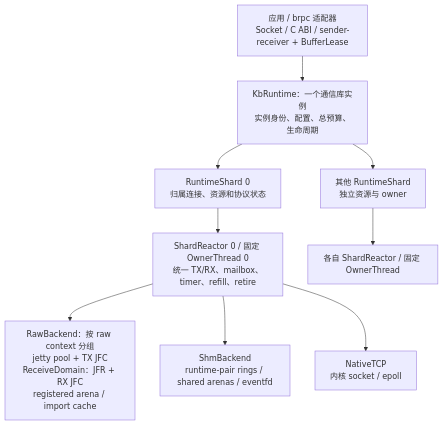
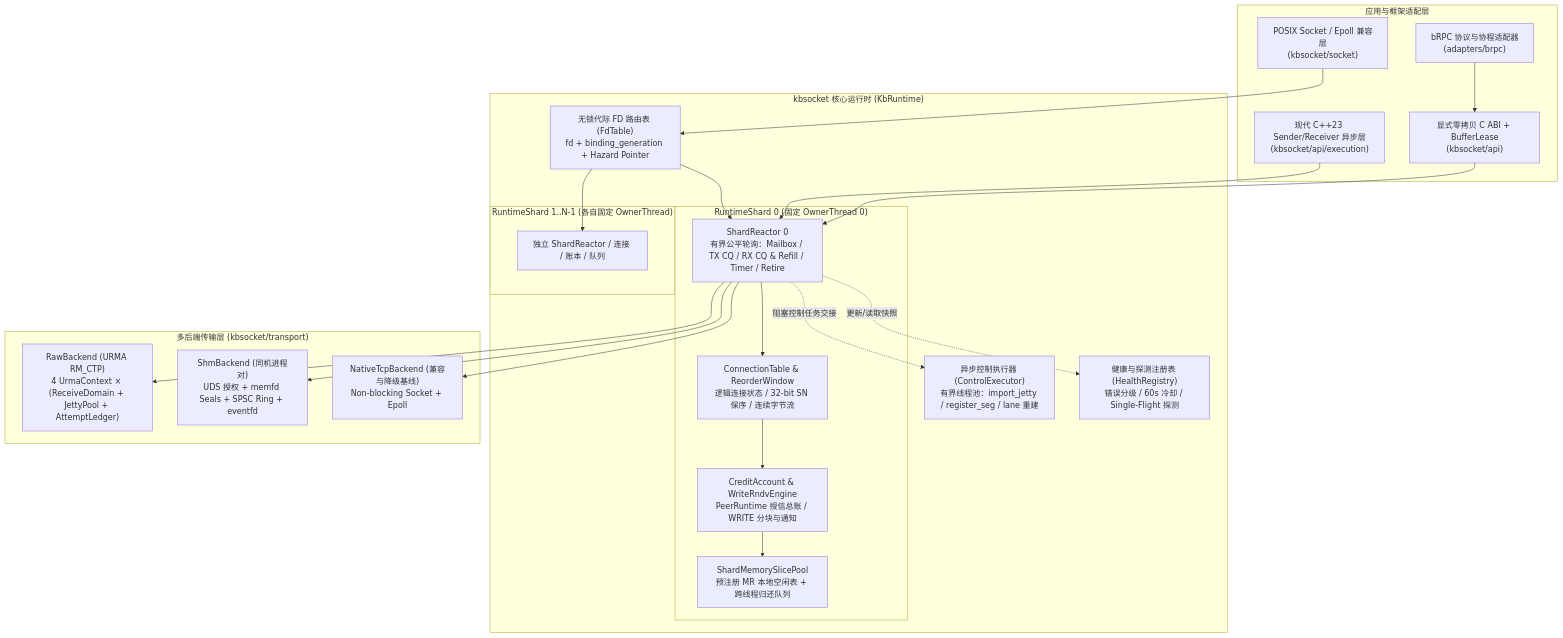
Before and after one commit to condy0919/kbsocket: the first of 11 diagrams in docs/design/kbsocket-design-v1.md, drawn with Mermaid. The commit also changed other lines of this file and 1 other file, not shown here.

Commit message:
docs(design): refine architecture and correct roadmap contracts

````diff
--- a/docs/design/kbsocket-design-v1.md
+++ b/docs/design/kbsocket-design-v1.md
@@ -149,13 +87,47 @@
 ```mermaid
 flowchart TB
-    A["应用 / brpc 适配器<br/>Socket / C ABI / sender-receiver + BufferLease"]
-    R["KbRuntime：一个通信库实例<br/>实例身份、配置、总预算、生命周期"]
-    A --> R
-    R --> S0["RuntimeShard 0<br/>归属连接、资源和协议状态"]
-    R --> SN["其他 RuntimeShard<br/>独立资源与 owner"]
-    S0 --> E0["ShardReactor 0 / 固定 OwnerThread 0<br/>统一 TX/RX、mailbox、timer、refill、retire"]
-    SN --> EN["各自 ShardReactor / 固定 OwnerThread"]
-    E0 --> UB["RawBackend：按 raw context 分组<br/>jetty pool + TX JFC<br/>ReceiveDomain：JFR + RX JFC<br/>registered arena / import cache"]
-    E0 --> SHM["ShmBackend<br/>runtime-pair rings / shared arenas / eventfd"]
-    E0 --> TCP["NativeTCP<br/>内核 socket / epoll"]
+    subgraph AppLayer["应用与框架适配层"]
+        POSIX["POSIX Socket / Epoll 兼容层<br/>(kbsocket/socket)"]
+        CABI["显式零拷贝 C ABI + BufferLease<br/>(kbsocket/api)"]
+        P2300["现代 C++23 Sender/Receiver 异步层<br/>(kbsocket/api/execution)"]
+        BRPC["bRPC 协议与协程适配器<br/>(adapters/brpc)"]
+    end
+
+    subgraph CoreRuntime["kbsocket 核心运行时 (KbRuntime)"]
+        FD["无锁代际 FD 路由表 (FdTable)<br/>fd + binding_generation + Hazard Pointer"]
+        CTRL["异步控制执行器 (ControlExecutor)<br/>有界线程池：import_jetty / register_seg / lane 重建"]
+        HEALTH["健康与探测注册表 (HealthRegistry)<br/>错误分级 / 60s 冷却 / Single-Flight 探测"]
+
+        subgraph Shard0["RuntimeShard 0 (固定 OwnerThread 0)"]
+            R0["ShardReactor 0<br/>有界公平轮询：Mailbox / TX CQ / RX CQ & Refill / Timer / Retire"]
+            C0["ConnectionTable & ReorderWindow<br/>逻辑连接状态 / 32-bit SN 保序 / 连续字节流"]
+            CR0["CreditAccount & WriteRndvEngine<br/>PeerRuntime 授信总账 / WRITE 分块与通知"]
+            M0["ShardMemorySlicePool<br/>预注册 MR 本地空闲表 + 跨线程归还队列"]
+        end
+
+        subgraph ShardN["RuntimeShard 1..N-1 (各自固定 OwnerThread)"]
+            RN["独立 ShardReactor / 连接 / 账本 / 队列"]
+        end
+    end
+
+    subgraph Transports["多后端传输层 (kbsocket/transport)"]
+        RAW["RawBackend (URMA RM_CTP)<br/>4 UrmaContext × (ReceiveDomain + JettyPool + AttemptLedger)"]
+        SHM["ShmBackend (同机进程对)<br/>UDS 授权 + memfd Seals + SPSC Ring + eventfd"]
+        TCP["NativeTcpBackend (兼容与降级基线)<br/>Non-blocking Socket + Epoll"]
+    end
+
+    BRPC --> CABI
+    POSIX --> FD
+    CABI --> R0
+    P2300 --> R0
+    FD --> R0
+    FD --> RN
+    R0 --> C0
+    C0 --> CR0
+    CR0 --> M0
+    R0 --> RAW
+    R0 --> SHM
+    R0 --> TCP
+    R0 -.->|"阻塞控制任务交接"| CTRL
+    R0 -.->|"更新/读取快照"| HEALTH
 ```
````
